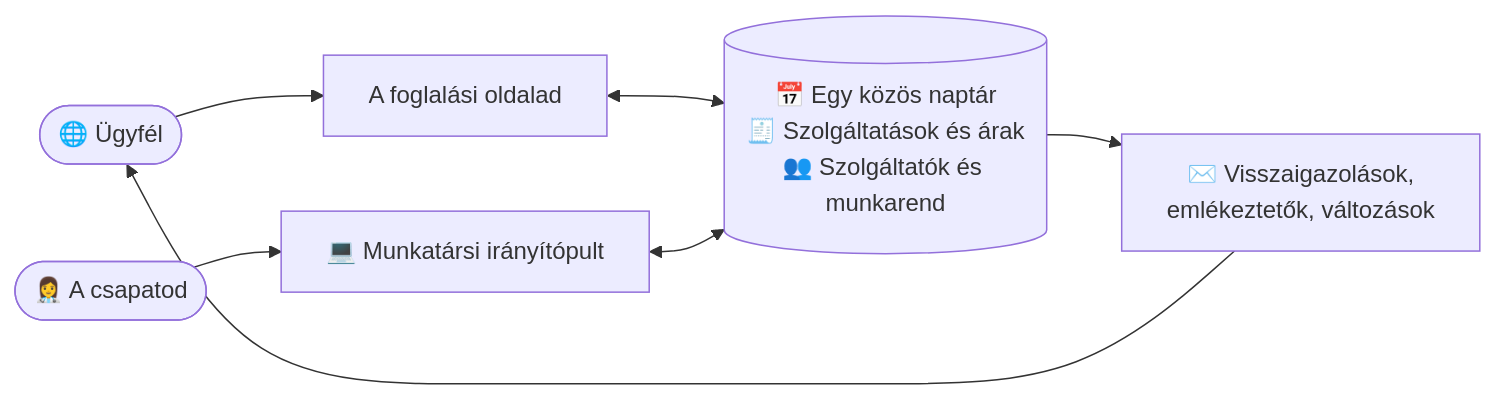
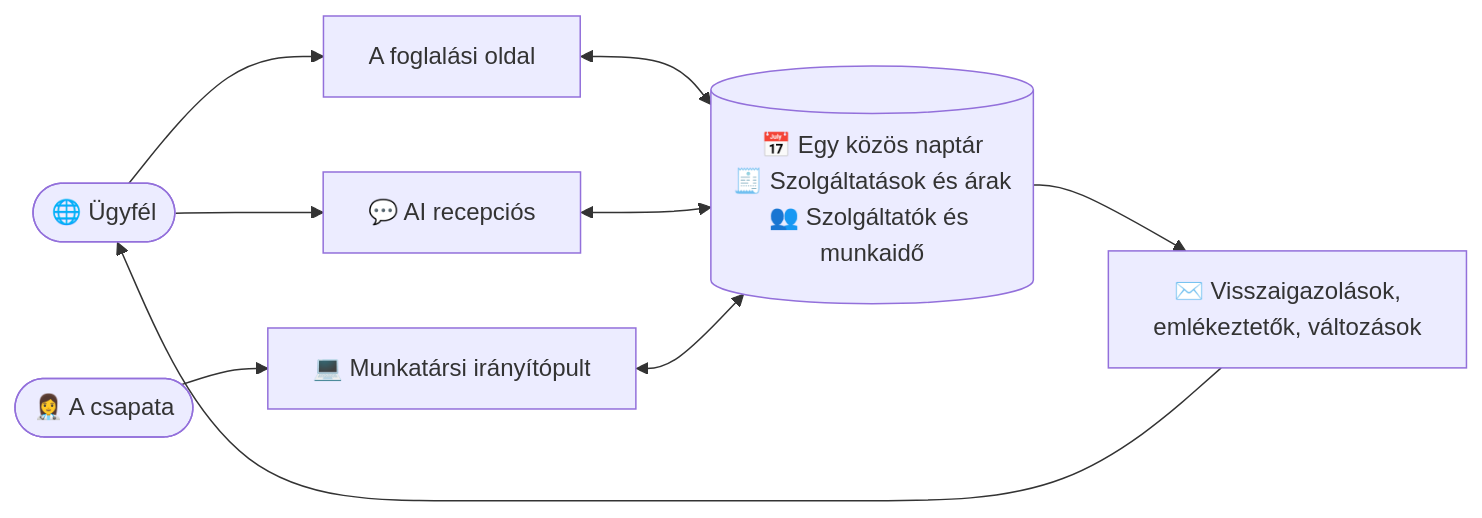
Before and after one commit to hbela/booking-and-more: the first of 5 diagrams in docs/user-guide.hu.md, drawn with Mermaid. The commit also changed other lines of this file and 27 other files, not shown here.

````diff
--- a/docs/user-guide.hu.md
+++ b/docs/user-guide.hu.md
@@ -31,9 +35,11 @@
 ```mermaid
 flowchart LR
-    Customer([🌐 Ügyfél]) --> BookingPage[A foglalási oldalad]
-    BookingPage <--> Core[(📅 Egy közös naptár<br/>🧾 Szolgáltatások és árak<br/>👥 Szolgáltatók és munkarend)]
-    Staff([👩‍⚕️ A csapatod]) --> Dashboard[💻 Munkatársi irányítópult]
+    Customer([🌐 Ügyfél]) --> BookingPage[A foglalási oldal]
+    Customer --> Chat[💬 AI recepciós]
+    BookingPage <--> Core[(📅 Egy közös naptár<br/>🧾 Szolgáltatások és árak<br/>👥 Szolgáltatók és munkaidő)]
+    Chat <--> Core
+    Staff([👩‍⚕️ A csapata]) --> Dashboard[💻 Munkatársi irányítópult]
     Dashboard <--> Core
     Core --> Emails[✉️ Visszaigazolások,<br/>emlékeztetők, változások]
     Emails --> Customer
 ```
````
